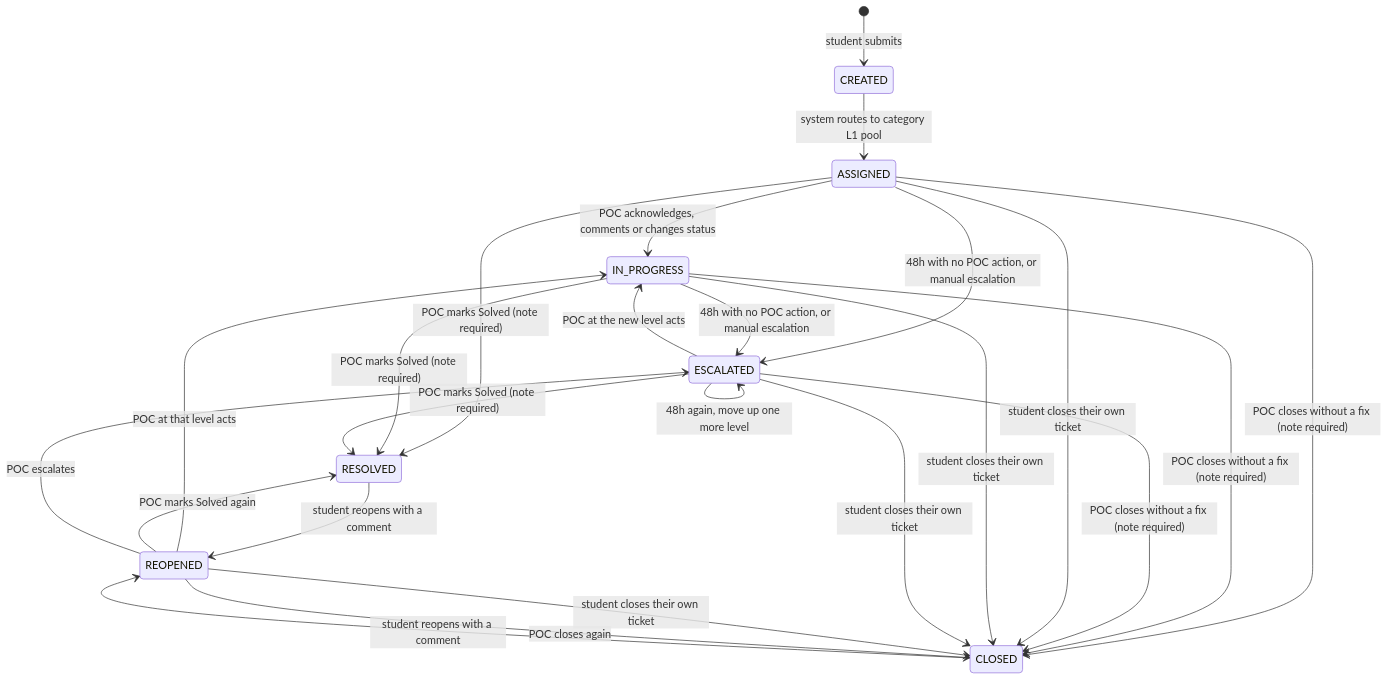
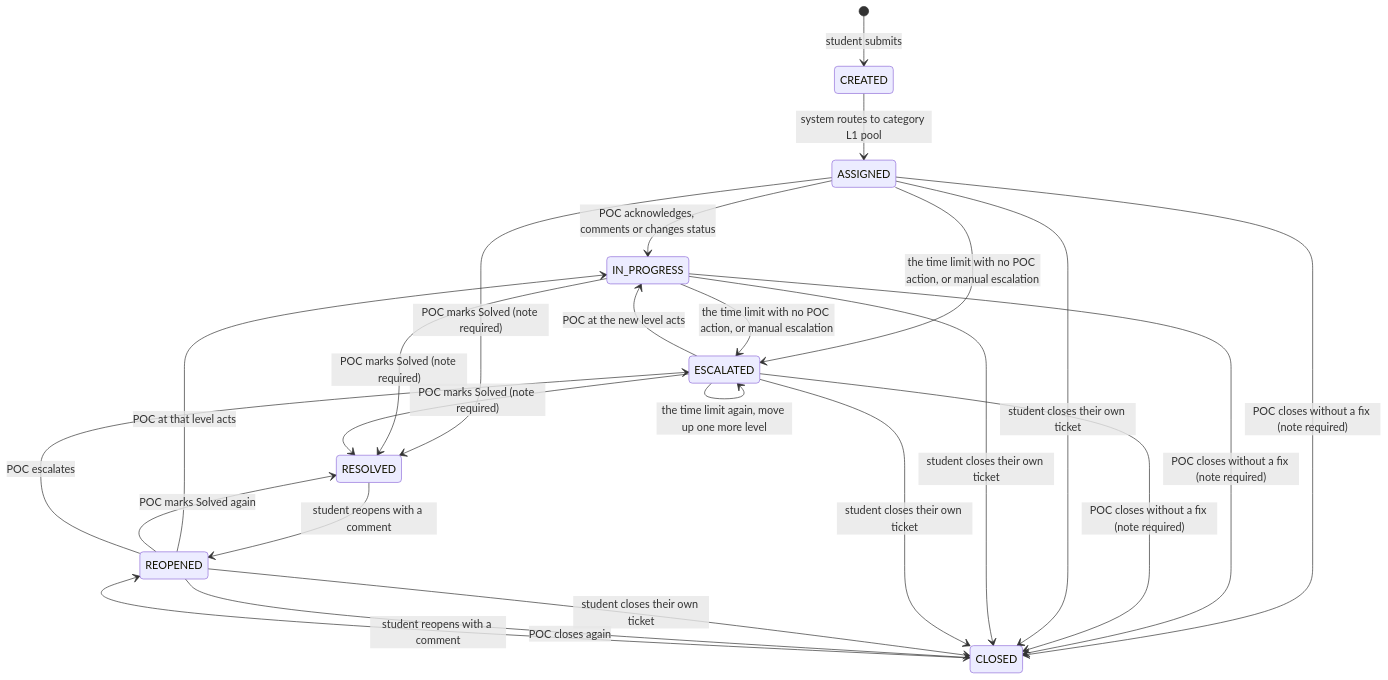
Before and after one commit to shub-nova/NST-Connect: the diagram in docs/state-diagram.md, drawn with Mermaid. The commit also changed other lines of this file and 4 other files, not shown here.

Commit message:
docs: categories, leave, escalation time, alerts gap, deploy steps for the escalation schedule

````diff
--- a/docs/state-diagram.md
+++ b/docs/state-diagram.md
@@ -5,31 +5,31 @@
 ```mermaid
 stateDiagram-v2
     [*] --> CREATED: student submits
     CREATED --> ASSIGNED: system routes to category L1 pool
 
     ASSIGNED --> IN_PROGRESS: POC acknowledges, comments or changes status
-    ASSIGNED --> ESCALATED: 48h with no POC action, or manual escalation
-    IN_PROGRESS --> ESCALATED: 48h with no POC action, or manual escalation
+    ASSIGNED --> ESCALATED: the time limit with no POC action, or manual escalation
+    IN_PROGRESS --> ESCALATED: the time limit with no POC action, or manual escalation
     ESCALATED --> IN_PROGRESS: POC at the new level acts
-    ESCALATED --> ESCALATED: 48h again, move up one more level
+    ESCALATED --> ESCALATED: the time limit again, move up one more level
 
     ASSIGNED --> RESOLVED: POC marks Solved (note required)
     IN_PROGRESS --> RESOLVED: POC marks Solved (note required)
     ESCALATED --> RESOLVED: POC marks Solved (note required)
 
     ASSIGNED --> CLOSED: POC closes without a fix (note required)
     IN_PROGRESS --> CLOSED: POC closes without a fix (note required)
     ESCALATED --> CLOSED: POC closes without a fix (note required)
 
     RESOLVED --> REOPENED: student reopens with a comment
     CLOSED --> REOPENED: student reopens with a comment
     ASSIGNED --> CLOSED: student closes their own ticket
     IN_PROGRESS --> CLOSED: student closes their own ticket
     ESCALATED --> CLOSED: student closes their own ticket
     REOPENED --> CLOSED: student closes their own ticket
 
     REOPENED --> IN_PROGRESS: POC at that level acts
     REOPENED --> RESOLVED: POC marks Solved again
     REOPENED --> CLOSED: POC closes again
     REOPENED --> ESCALATED: POC escalates
 ```
````
